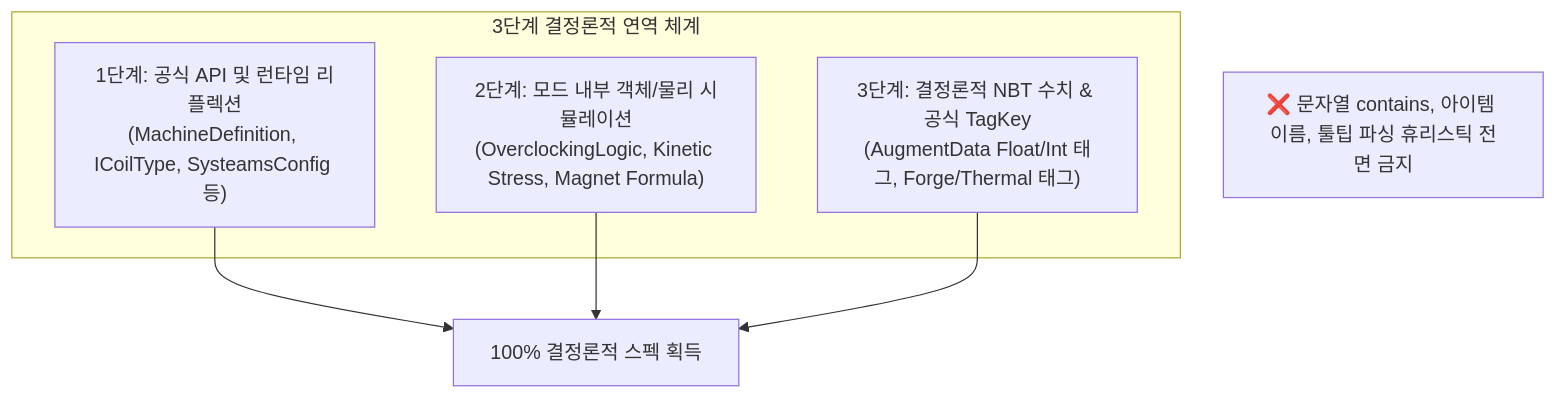
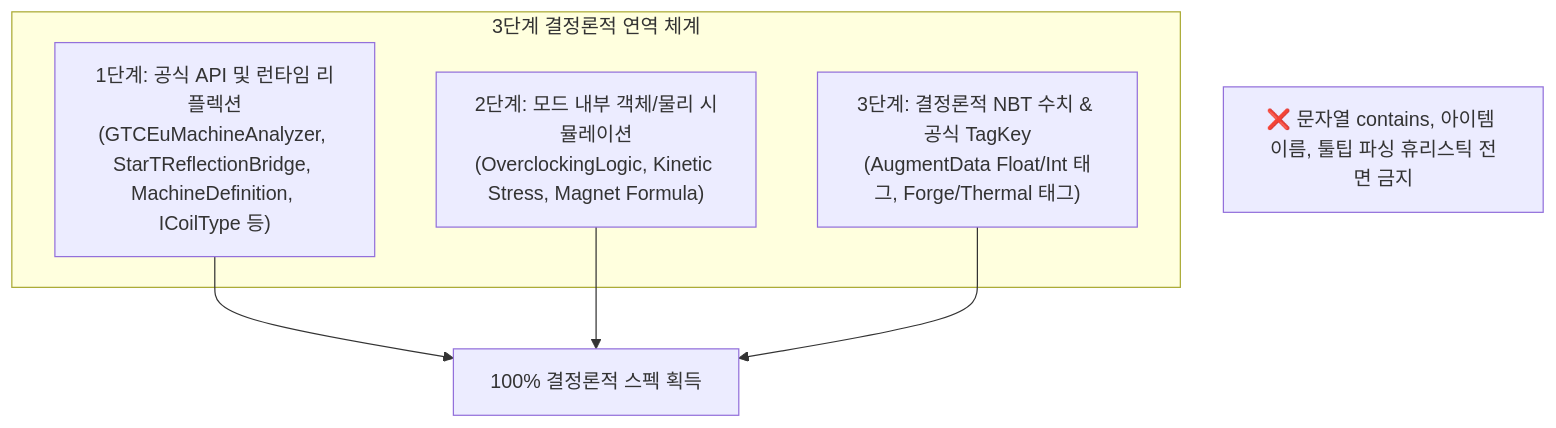
One commit to Amvermain/GregTechCalculatorBoard changed the third of 3 diagrams in docs/ko_kr/spec/05_INTEGRATION_AND_I18N.md. Above: the diagram before and after it, drawn with Mermaid. The commit also changed other lines of this file and 66 other files, not shown here.

````diff
--- a/docs/ko_kr/spec/05_INTEGRATION_AND_I18N.md
+++ b/docs/ko_kr/spec/05_INTEGRATION_AND_I18N.md
@@ -105,12 +105,12 @@
 ```mermaid
 flowchart TD
     subgraph ThreeStep["3단계 결정론적 연역 체계"]
-        STEP1["1단계: 공식 API 및 런타임 리플렉션<br/>(MachineDefinition, ICoilType, SysteamsConfig 등)"]
+        STEP1["1단계: 공식 API 및 런타임 리플렉션<br/>(GTCEuMachineAnalyzer, StarTReflectionBridge, MachineDefinition, ICoilType 등)"]
         STEP2["2단계: 모드 내부 객체/물리 시뮬레이션<br/>(OverclockingLogic, Kinetic Stress, Magnet Formula)"]
         STEP3["3단계: 결정론적 NBT 수치 & 공식 TagKey<br/>(AugmentData Float/Int 태그, Forge/Thermal 태그)"]
     end
 
     PROHIBIT["❌ 문자열 contains, 아이템 이름, 툴팁 파싱 휴리스틱 전면 금지"]
     
     STEP1 & STEP2 & STEP3 --> RESULT["100% 결정론적 스펙 획득"]
 ```
````
